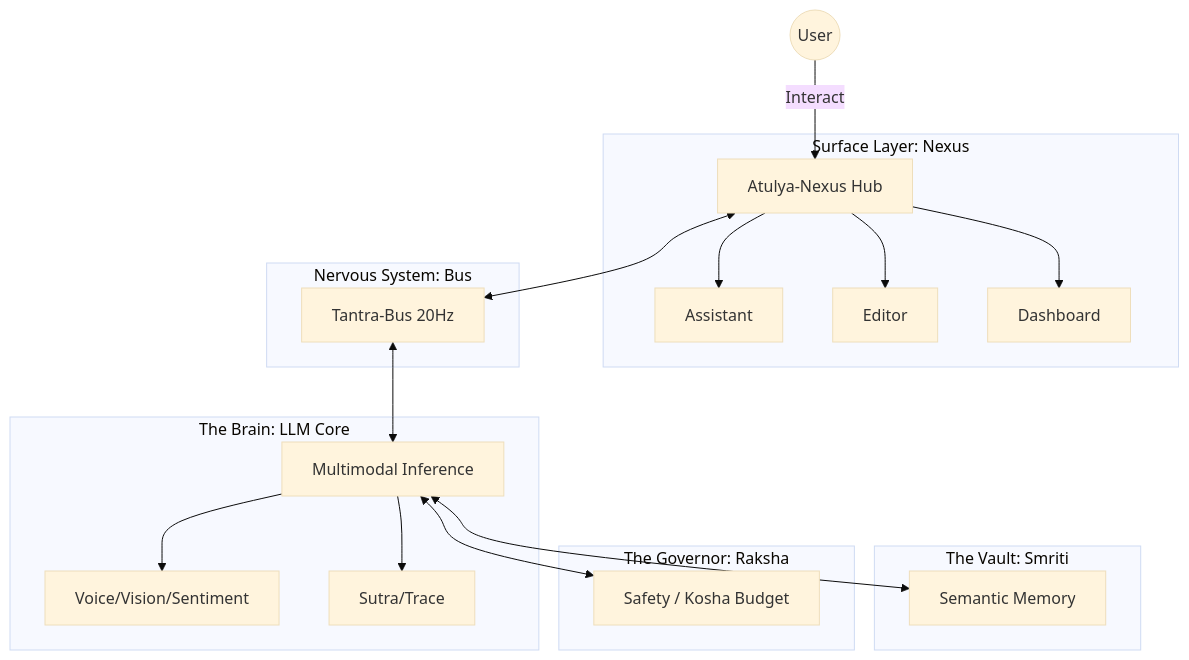
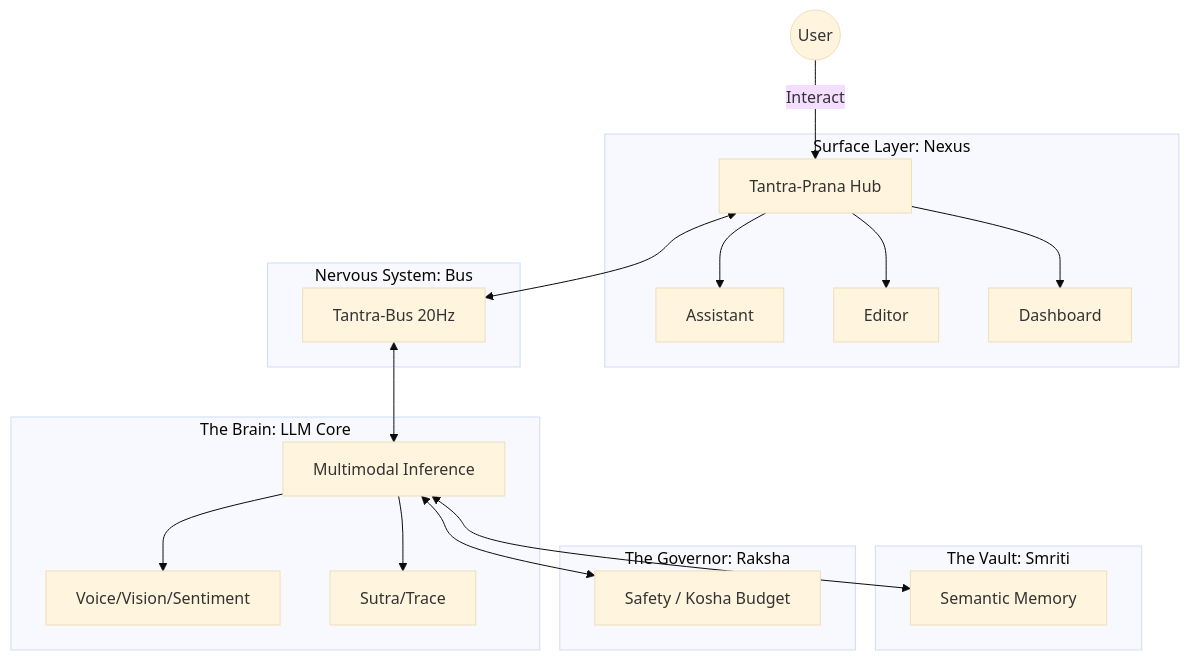
One commit to atulyaai/Atulya-Tantra changed the diagram in README.md. Above: the diagram before and after it, drawn with Mermaid (base theme). The commit also changed other lines of this file, not shown here.

Commit message:
Nexus v1.0.0 (Tantra-Prana): Final Consolidated Release

````diff
--- a/README.md
+++ b/README.md
@@ -46,33 +46,33 @@
 ```mermaid
 graph TD
-    User((User)) -->|Interact| Nexus[Atulya-Nexus Hub]
+    User((User)) -->|Interact| Nexus[Tantra-Prana Hub]
     
     subgraph "Surface Layer: Nexus"
         Nexus --> Prana[Assistant]
         Nexus --> IDE[Editor]
         Nexus --> Web[Dashboard]
     end
 
     subgraph "The Brain: LLM Core"
         LLM[Multimodal Inference]
         LLM --> Sensory[Voice/Vision/Sentiment]
         LLM --> Logic[Sutra/Trace]
     end
 
     subgraph "The Vault: Smriti"
         Vault[Semantic Memory]
     end
 
     subgraph "The Governor: Raksha"
         Law[Safety / Kosha Budget]
     end
 
     subgraph "Nervous System: Bus"
         Bus[Tantra-Bus 20Hz]
     end
 
     Nexus <--> Bus
     Bus <--> LLM
     LLM <--> Vault
     LLM <--> Law
 ```
````
